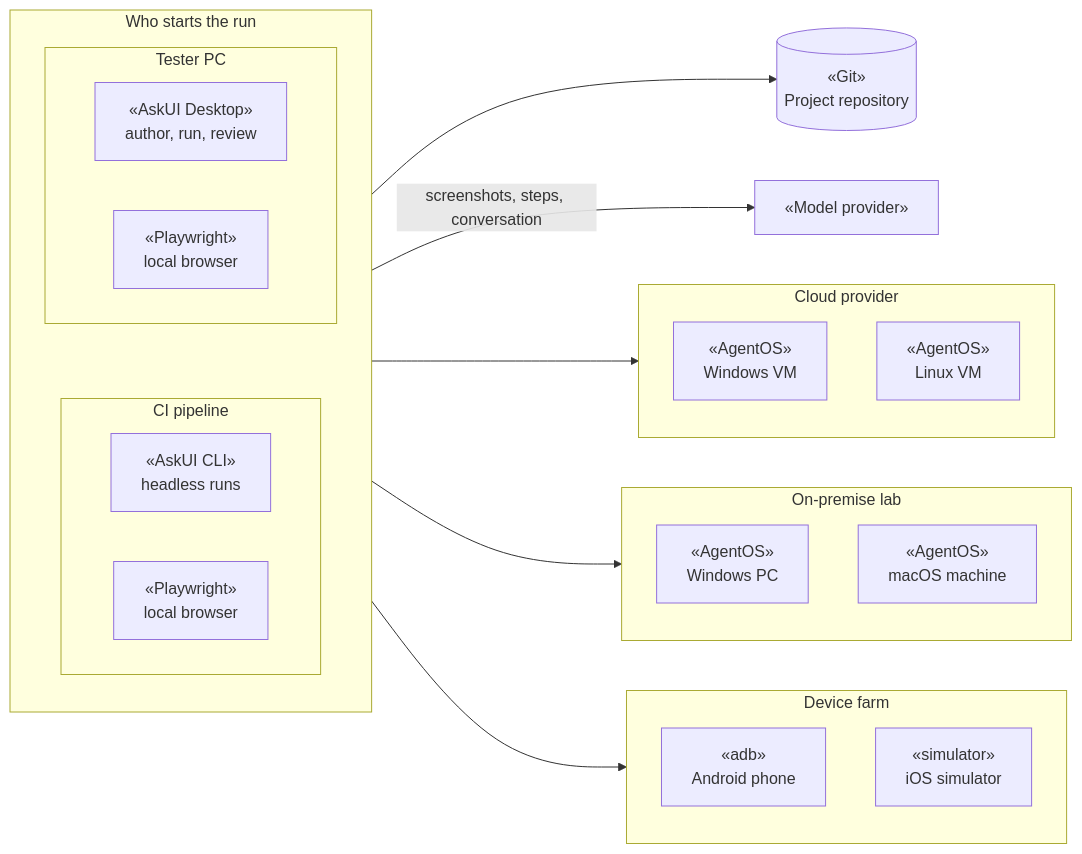
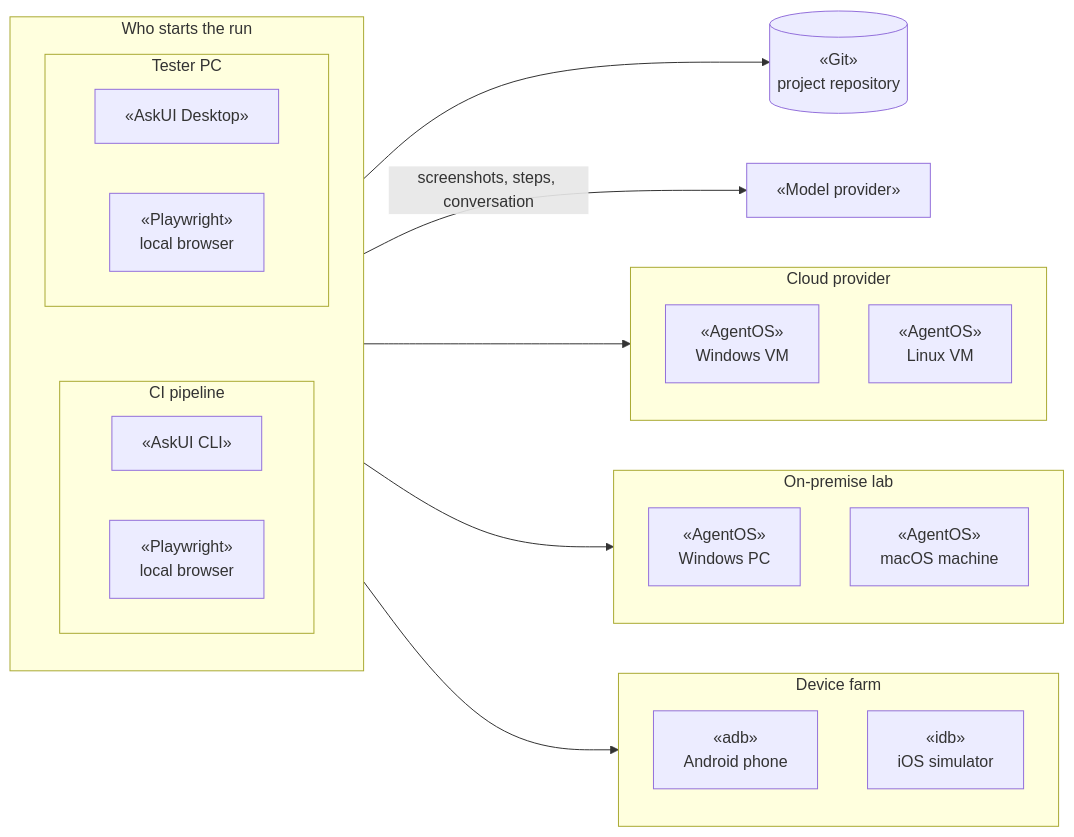
The second of 2 diagrams in content/docs/concepts/enterprise-fit.mdx (askui/docs-rewrite), drawn with Mermaid before and after one commit. The commit also changed other lines of this file, not shown here.

First line of the commit message:
docs(enterprise-fit): product names only in boxes, linked in prose; idb for iOS

````diff
--- a/content/docs/concepts/enterprise-fit.mdx
+++ b/content/docs/concepts/enterprise-fit.mdx
@@ -46,33 +49,33 @@
 ```mermaid
 flowchart LR
   subgraph starts["Who starts the run"]
     subgraph pc["Tester PC"]
-      D["«AskUI Desktop»<br/>author, run, review"]
+      D["«AskUI Desktop»"]
       B1["«Playwright»<br/>local browser"]
     end
     subgraph ci["CI pipeline"]
-      C["«AskUI CLI»<br/>headless runs"]
+      C["«AskUI CLI»"]
       B2["«Playwright»<br/>local browser"]
     end
     pc ~~~ ci
   end
-  R[("«Git»<br/>Project repository")]
+  R[("«Git»<br/>project repository")]
   M["«Model provider»"]
   subgraph cloud["Cloud provider"]
     V1["«AgentOS»<br/>Windows VM"]
     V2["«AgentOS»<br/>Linux VM"]
   end
   subgraph lab["On-premise lab"]
     P1["«AgentOS»<br/>Windows PC"]
     P2["«AgentOS»<br/>macOS machine"]
   end
   subgraph farm["Device farm"]
     A1["«adb»<br/>Android phone"]
-    I1["«simulator»<br/>iOS simulator"]
+    I1["«idb»<br/>iOS simulator"]
   end
   starts --> R
   starts -->|"screenshots, steps, conversation"| M
   starts --> cloud
   starts --> lab
   starts --> farm
 ```
````
